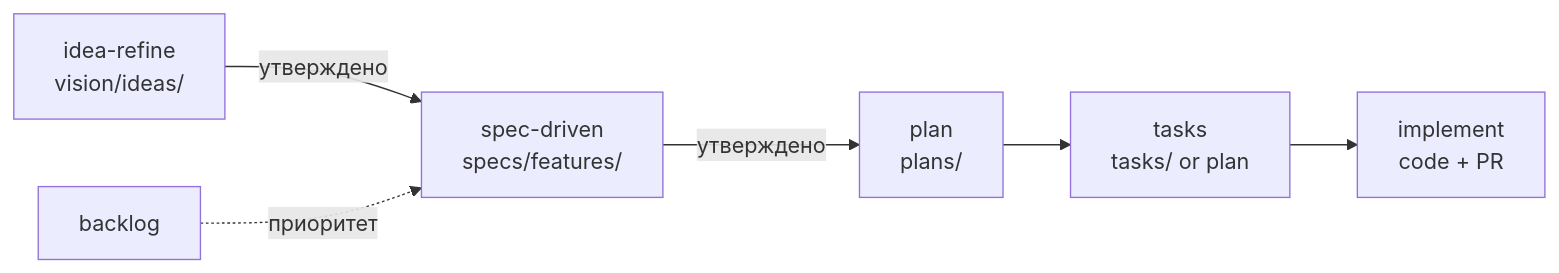
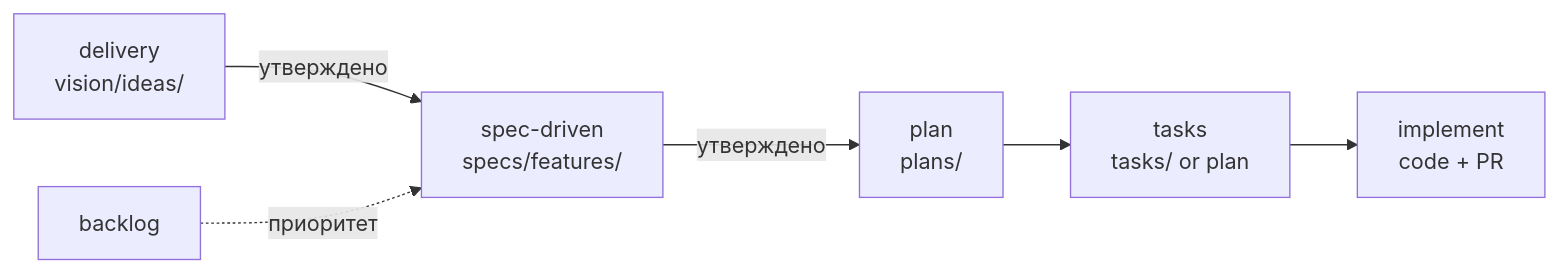
The diagram in docs/DOCUMENTATION_SYSTEM.md (avyakunichkin-code/telegram-mini-app), drawn with Mermaid before and after one commit. The commit also changed other lines of this file and 710 other files, not shown here.

````diff
--- a/docs/DOCUMENTATION_SYSTEM.md
+++ b/docs/DOCUMENTATION_SYSTEM.md
@@ -128,13 +155,13 @@
 ```mermaid
 flowchart LR
-  I[idea-refine\nvision/ideas/]
+  I[delivery\nvision/ideas/]
   S[spec-driven\nspecs/features/]
   P[plan\nplans/]
   T[tasks\ntasks/ or plan]
   C[implement\ncode + PR]
   I -->|утверждено| S
   S -->|утверждено| P
   P --> T
   T --> C
   B[backlog] -.->|приоритет| S
 ```
````
